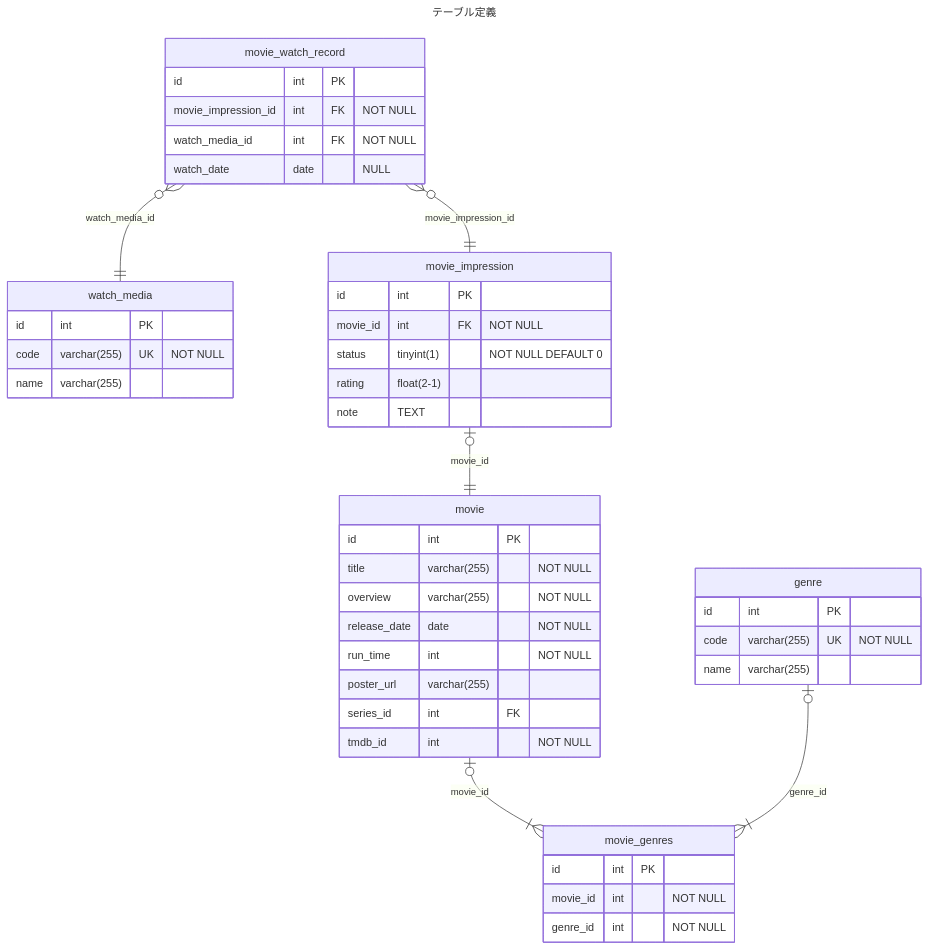
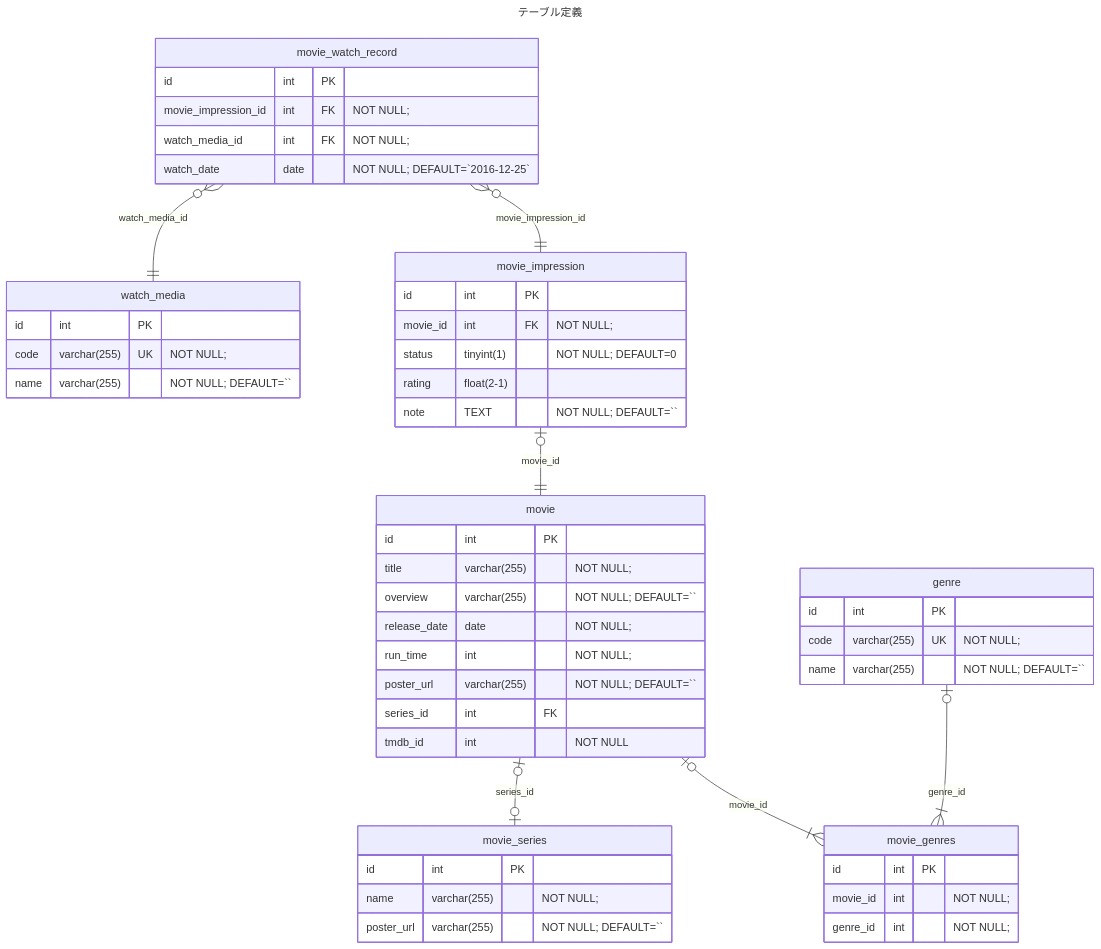
The diagram in docs/db_structure.md (takeYY/filmogophery), drawn with Mermaid before and after one commit.

Commit message:
chore: update db structure on docs

````diff
--- a/docs/db_structure.md
+++ b/docs/db_structure.md
@@ -1,52 +1,59 @@
 ```mermaid
 ---
 title: テーブル定義
 ---
 
 erDiagram
     g[genre] {
         id   int          PK ""
-        code varchar(255) UK "NOT NULL"
-        name varchar(255)    ""
+        code varchar(255) UK "NOT NULL;"
+        name varchar(255)    "NOT NULL; DEFAULT=``"
+    }
+    ms[movie_series] {
+        id         int          PK ""
+        name       varchar(255)    "NOT NULL;"
+        poster_url varchar(255)    "NOT NULL; DEFAULT=``"
     }
     m[movie] {
         id           int          PK ""
-        title        varchar(255)    "NOT NULL"
-        overview     varchar(255)    "NOT NULL"
-        release_date date            "NOT NULL"
-        run_time     int             "NOT NULL"
-        poster_url   varchar(255)    ""
+        title        varchar(255)    "NOT NULL;"
+        overview     varchar(255)    "NOT NULL; DEFAULT=``"
+        release_date date            "NOT NULL;"
+        run_time     int             "NOT NULL;"
+        poster_url   varchar(255)    "NOT NULL; DEFAULT=``"
         series_id    int          FK ""
         tmdb_id      int             "NOT NULL"
     }
+    m o|--|o ms: series_id
+
     mg[movie_genres] {
         id       int PK ""
-        movie_id int    "NOT NULL"
-        genre_id int    "NOT NULL"
+        movie_id int    "NOT NULL;"
+        genre_id int    "NOT NULL;"
     }
     m o|--|{ mg: movie_id
     g o|--|{ mg: genre_id
 
     wm[watch_media] {
         id   int          PK ""
-        code varchar(255) UK "NOT NULL"
-        name varchar(255)    ""
+        code varchar(255) UK "NOT NULL;"
+        name varchar(255)    "NOT NULL; DEFAULT=``"
     }
     mi[movie_impression] {
         id       int         PK ""
-        movie_id int         FK "NOT NULL"
-        status   tinyint(1)     "NOT NULL DEFAULT 0"
+        movie_id int         FK "NOT NULL;"
+        status   tinyint(1)     "NOT NULL; DEFAULT=0"
         rating   float(2-1)     ""
-        note     TEXT           ""
+        note     TEXT           "NOT NULL; DEFAULT=``"
     }
     mi o|--|| m: movie_id
 
     mwr[movie_watch_record] {
         id                  int   PK ""
-        movie_impression_id int   FK "NOT NULL"
-        watch_media_id      int   FK "NOT NULL"
-        watch_date          date     "NULL"
+        movie_impression_id int   FK "NOT NULL;"
+        watch_media_id      int   FK "NOT NULL;"
+        watch_date          date     "NOT NULL; DEFAULT=`2016-12-25`"
     }
     mwr }o--|| mi: movie_impression_id
     mwr }o--|| wm: watch_media_id
 ```
````
